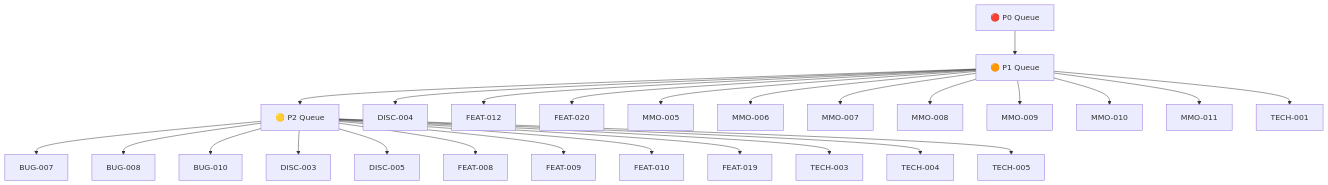
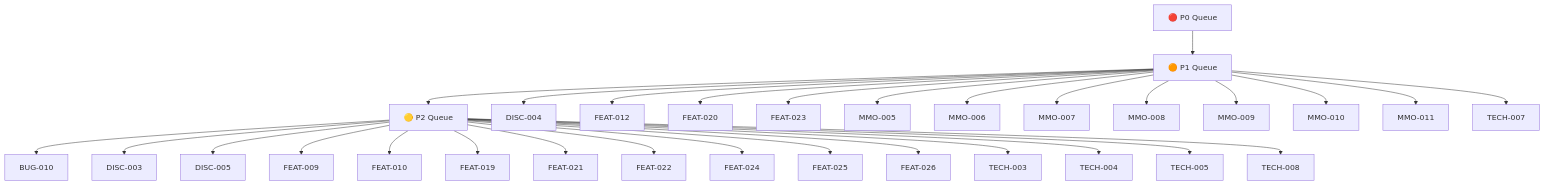
Before and after one commit to asciifaceman/lived: the second of 2 diagrams in docs/feature-tracker.md, drawn with Mermaid. The commit also changed other lines of this file and 32 other files, not shown here.

````diff
--- a/docs/feature-tracker.md
+++ b/docs/feature-tracker.md
@@ -297,28 +350,32 @@
 ```mermaid
 flowchart TB
 	P0Q["🔴 P0 Queue"] --> P1Q["🟠 P1 Queue"] --> P2Q["🟡 P2 Queue"]
 	P1Q --> DISC_004["DISC-004"]
 	P1Q --> FEAT_012["FEAT-012"]
 	P1Q --> FEAT_020["FEAT-020"]
+	P1Q --> FEAT_023["FEAT-023"]
 	P1Q --> MMO_005["MMO-005"]
 	P1Q --> MMO_006["MMO-006"]
 	P1Q --> MMO_007["MMO-007"]
 	P1Q --> MMO_008["MMO-008"]
 	P1Q --> MMO_009["MMO-009"]
 	P1Q --> MMO_010["MMO-010"]
 	P1Q --> MMO_011["MMO-011"]
-	P1Q --> TECH_001["TECH-001"]
-	P2Q --> BUG_007["BUG-007"]
-	P2Q --> BUG_008["BUG-008"]
+	P1Q --> TECH_007["TECH-007"]
 	P2Q --> BUG_010["BUG-010"]
 	P2Q --> DISC_003["DISC-003"]
 	P2Q --> DISC_005["DISC-005"]
-	P2Q --> FEAT_008["FEAT-008"]
 	P2Q --> FEAT_009["FEAT-009"]
 	P2Q --> FEAT_010["FEAT-010"]
 	P2Q --> FEAT_019["FEAT-019"]
+	P2Q --> FEAT_021["FEAT-021"]
+	P2Q --> FEAT_022["FEAT-022"]
+	P2Q --> FEAT_024["FEAT-024"]
+	P2Q --> FEAT_025["FEAT-025"]
+	P2Q --> FEAT_026["FEAT-026"]
 	P2Q --> TECH_003["TECH-003"]
 	P2Q --> TECH_004["TECH-004"]
 	P2Q --> TECH_005["TECH-005"]
+	P2Q --> TECH_008["TECH-008"]
 
 ```
````
